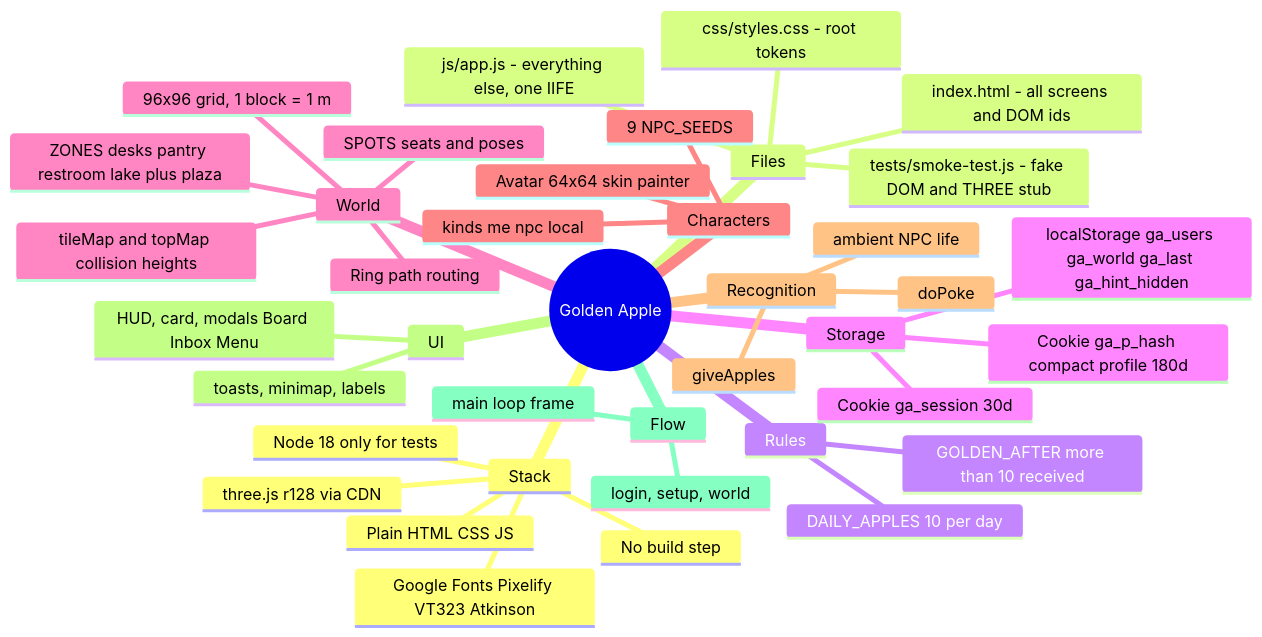
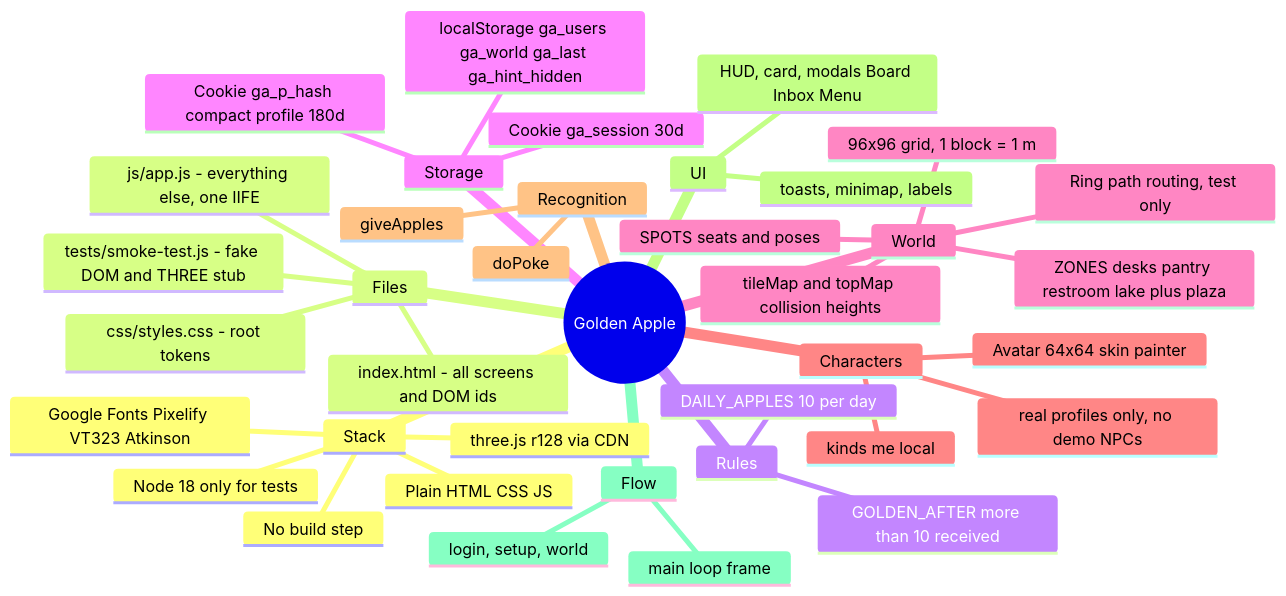
Before and after one commit to ItsLabs-India/GoldenApple: the diagram in CLAUDE.md, drawn with Mermaid. The commit also changed other lines of this file and 3 other files, not shown here.

````diff
--- a/CLAUDE.md
+++ b/CLAUDE.md
@@ -7,42 +7,41 @@
 ```mermaid
 mindmap
   root((Golden Apple))
     Stack
       Plain HTML CSS JS
       No build step
       three.js r128 via CDN
       Google Fonts Pixelify VT323 Atkinson
       Node 18 only for tests
     Files
       index.html - all screens and DOM ids
       css/styles.css - root tokens
       js/app.js - everything else, one IIFE
       tests/smoke-test.js - fake DOM and THREE stub
     Rules
       DAILY_APPLES 10 per day
       GOLDEN_AFTER more than 10 received
     Storage
       Cookie ga_session 30d
       Cookie ga_p_hash compact profile 180d
       localStorage ga_users ga_world ga_last ga_hint_hidden
     World
       96x96 grid, 1 block = 1 m
       tileMap and topMap collision heights
       ZONES desks pantry restroom lake plus plaza
       SPOTS seats and poses
-      Ring path routing
+      Ring path routing, test only
     Characters
-      kinds me npc local
-      9 NPC_SEEDS
+      kinds me local
+      real profiles only, no demo NPCs
       Avatar 64x64 skin painter
     Recognition
       giveApples
       doPoke
-      ambient NPC life
     UI
       HUD, card, modals Board Inbox Menu
       toasts, minimap, labels
     Flow
       login, setup, world
       main loop frame
 ```
````
